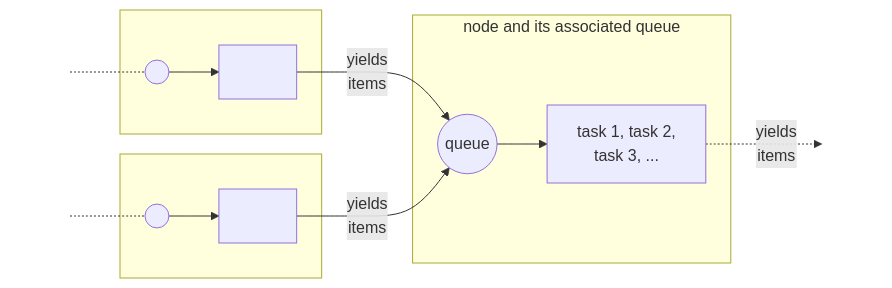
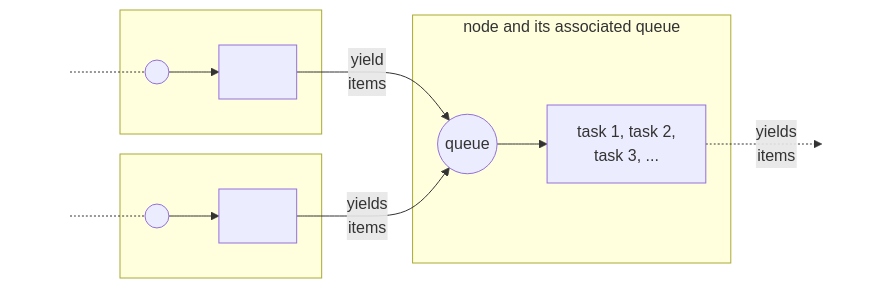
Before and after one commit to civisanalytics/async-graph-data-flow: the third of 5 diagrams in docs/technical.rst, drawn with Mermaid. The commit also changed other lines of this file and 7 other files, not shown here.

```diff
--- a/docs/technical.rst
+++ b/docs/technical.rst
@@ -69,24 +69,24 @@
 .. mermaid::
 
     flowchart LR
 
     start1[ ] -.- queue1(("&nbsp;&nbsp;"))
     subgraph box1 [ ]
         queue1 --> node1["&nbsp;&nbsp;&nbsp;&nbsp;"]
     end
     style start1 fill-opacity:0, stroke-opacity:0;
 
     start2[ ] -.- queue2(("&nbsp;&nbsp;"))
     subgraph box2 [ ]
         queue2 --> node2["&nbsp;&nbsp;&nbsp;&nbsp;"]
     end
     style start2 fill-opacity:0, stroke-opacity:0;
 
     subgraph node and its associated queue
-        queue3((queue)) --> node3[task 1, task 2,\ntask 3, ...]
+        queue3((queue)) --> node3[task 1, task 2,<br/>task 3, ...]
     end
 
-    node1 --> |yields\nitems| queue3
-    node2 --> |yields\nitems| queue3
-    node3 -.-> |yields\nitems| STOP[ ]
+    node1 --> |yield<br/>items| queue3
+    node2 --> |yields<br/>items| queue3
+    node3 -.-> |yields<br/>items| STOP[ ]
     style STOP  fill-opacity:0, stroke-opacity:0;
```
